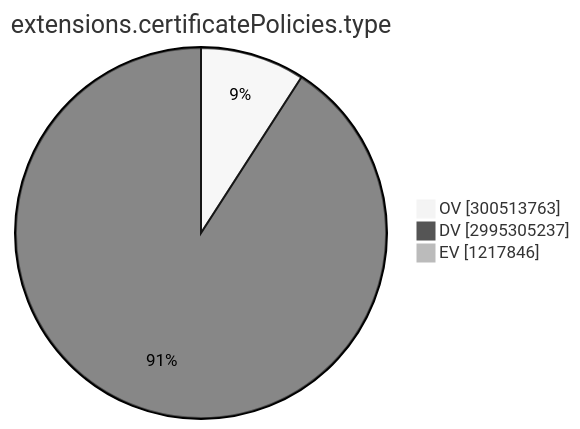
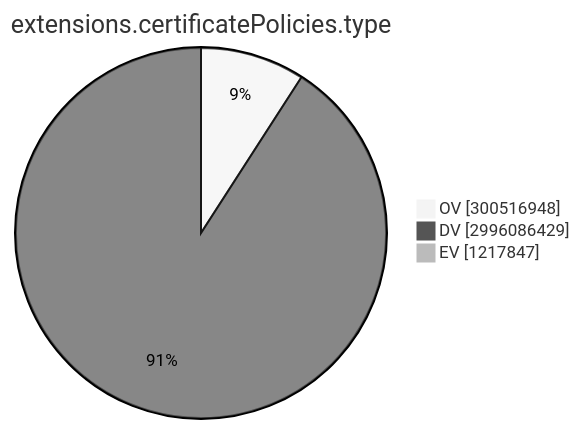
One commit to christiankrug/ctmonitor_visualization changed the ninth of 15 diagrams in TOTAL/README.md. Above: the diagram before and after it, drawn with Mermaid (neutral theme). The commit also changed other lines of this file, not shown here.

````diff
--- a/TOTAL/README.md
+++ b/TOTAL/README.md
@@ -3102,7 +3102,7 @@
 ```mermaid
 pie showData
 title extensions.certificatePolicies.type
-"OV" :300513763
-"DV" :2995305237
-"EV" :1217846
+"OV" :300516948
+"DV" :2996086429
+"EV" :1217847
 ```
````
